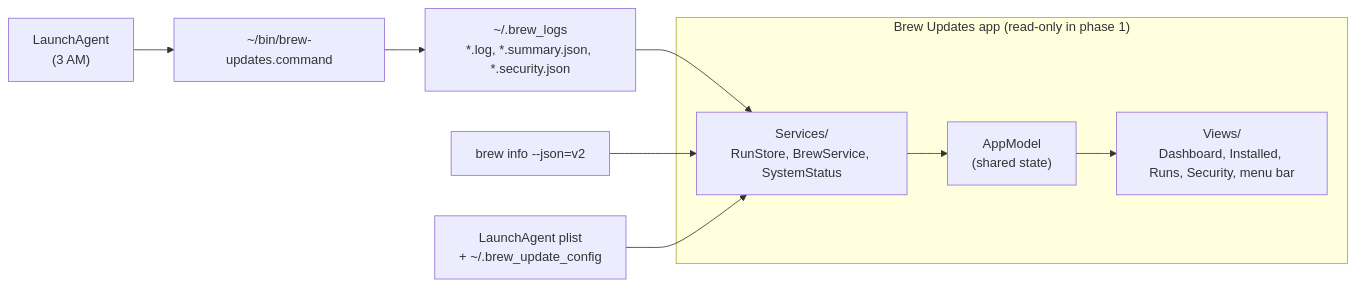
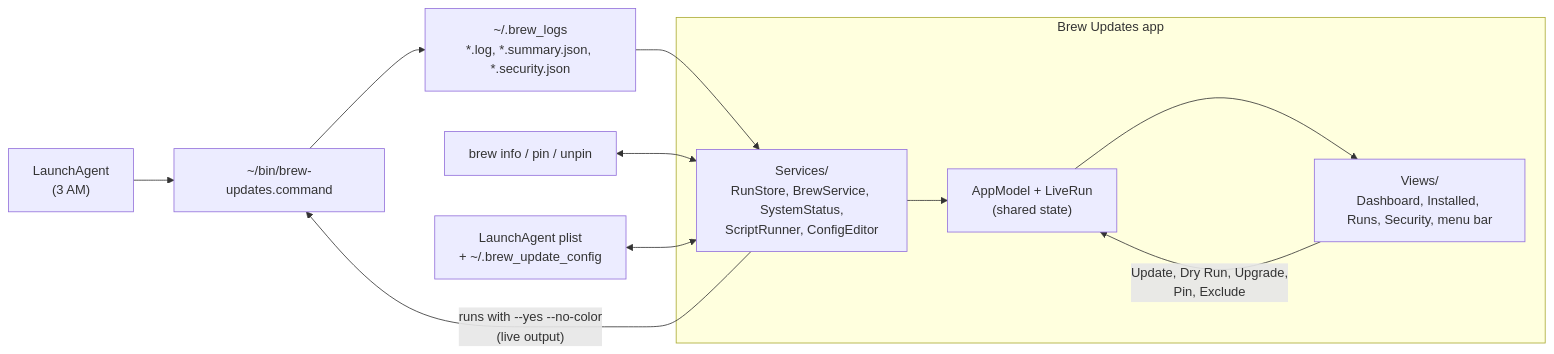
Before and after one commit to jxman/homebrew-update-assistant: the diagram in app/GUIDE.md, drawn with Mermaid. The commit also changed other lines of this file and 22 other files, not shown here.

First line of the commit message:
feat: add run, upgrade, pin and exclude actions to the app (phase 2)

````diff
--- a/app/GUIDE.md
+++ b/app/GUIDE.md
@@ -19,12 +20,14 @@
 ```mermaid
 flowchart LR
     agent["LaunchAgent<br/>(3 AM)"] --> script["~/bin/brew-updates.command"]
     script --> logs["~/.brew_logs<br/>*.log, *.summary.json, *.security.json"]
-    subgraph app["Brew Updates app (read-only in phase 1)"]
-        services["Services/<br/>RunStore, BrewService, SystemStatus"] --> model["AppModel<br/>(shared state)"]
+    subgraph app["Brew Updates app"]
+        services["Services/<br/>RunStore, BrewService, SystemStatus,<br/>ScriptRunner, ConfigEditor"] --> model["AppModel + LiveRun<br/>(shared state)"]
         model --> views["Views/<br/>Dashboard, Installed, Runs, Security, menu bar"]
+        views -- "Update, Dry Run, Upgrade,<br/>Pin, Exclude" --> model
     end
     logs --> services
-    brew["brew info --json=v2"] --> services
-    plist["LaunchAgent plist<br/>+ ~/.brew_update_config"] --> services
+    brew["brew info / pin / unpin"] <--> services
+    plist["LaunchAgent plist<br/>+ ~/.brew_update_config"] <--> services
+    services -- "runs with --yes --no-color<br/>(live output)" --> script
 ```
````
